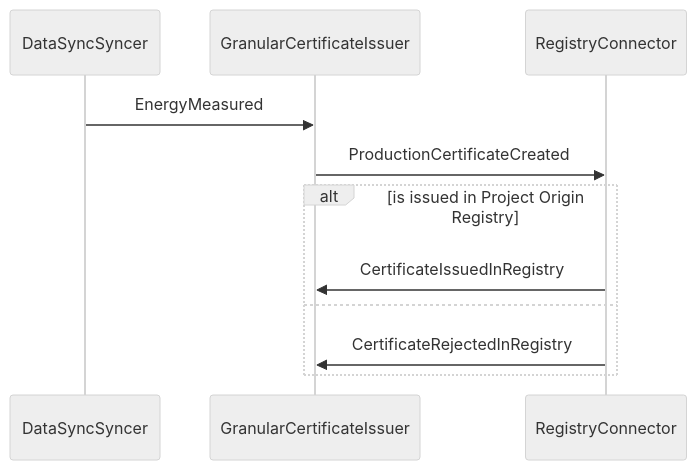
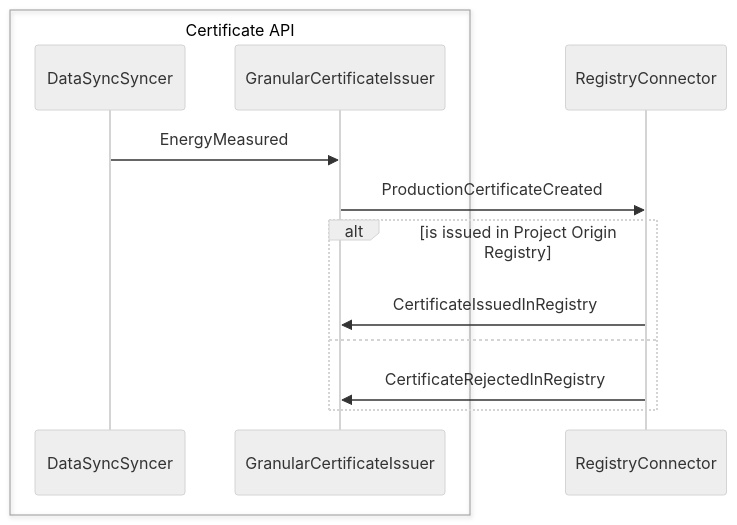
One commit to Energinet-DataHub/energy-origin changed the diagram in doc/architecture/domains/certificates.md. Above: the diagram before and after it, drawn with Mermaid (neutral theme). The commit also changed 3 other files, not shown here.

````diff
--- a/doc/architecture/domains/certificates.md
+++ b/doc/architecture/domains/certificates.md
@@ -30,14 +30,16 @@
 ```mermaid
 sequenceDiagram
+    box Certificate API
     participant dss as DataSyncSyncer
     participant gci as GranularCertificateIssuer
+    end
     participant reg as RegistryConnector
 
     dss->>gci: EnergyMeasured
     gci->>reg: ProductionCertificateCreated
     alt is issued in Project Origin Registry
         reg->>gci: CertificateIssuedInRegistry
     else
         reg->>gci: CertificateRejectedInRegistry
     end
 ```
````
